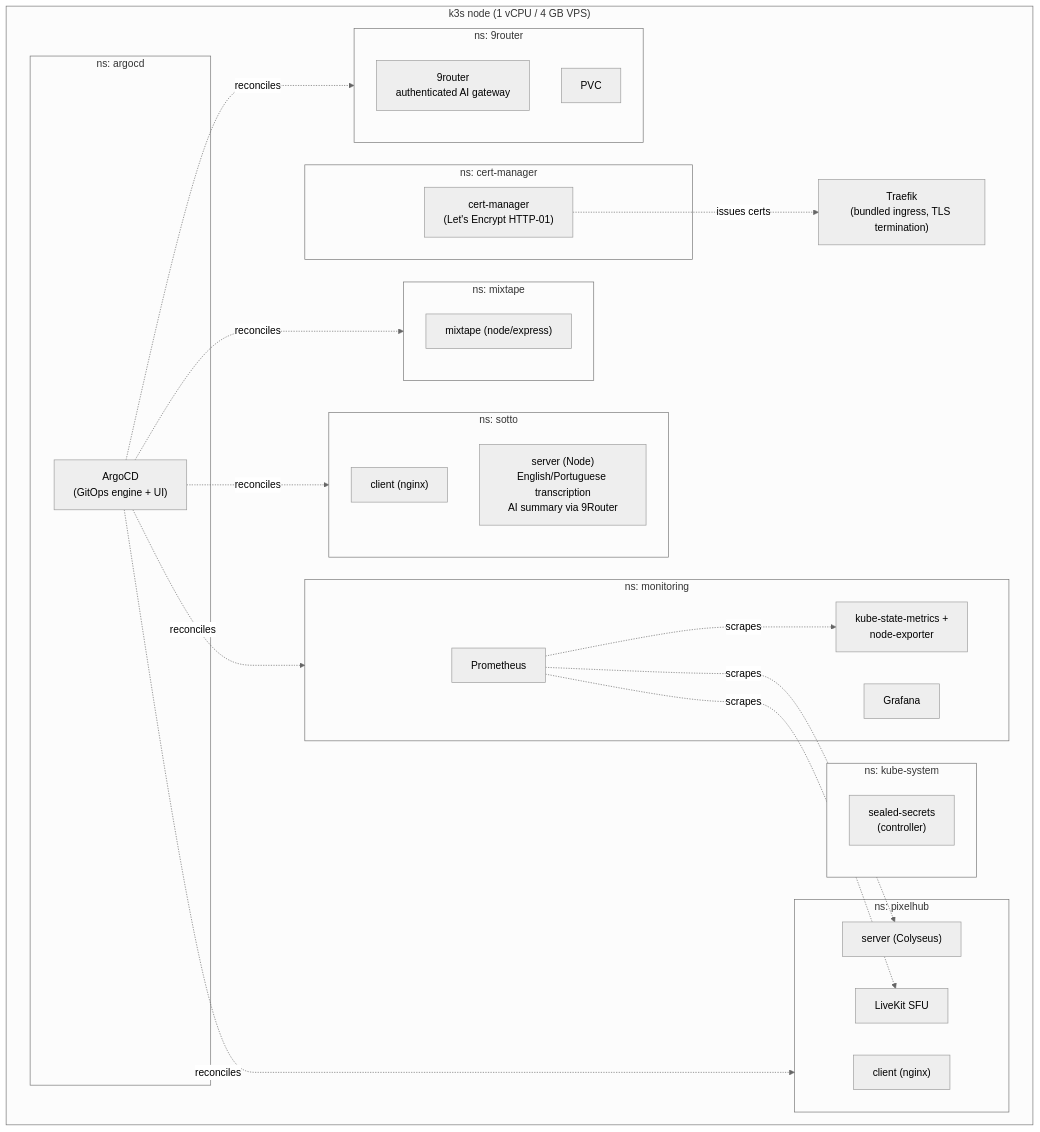
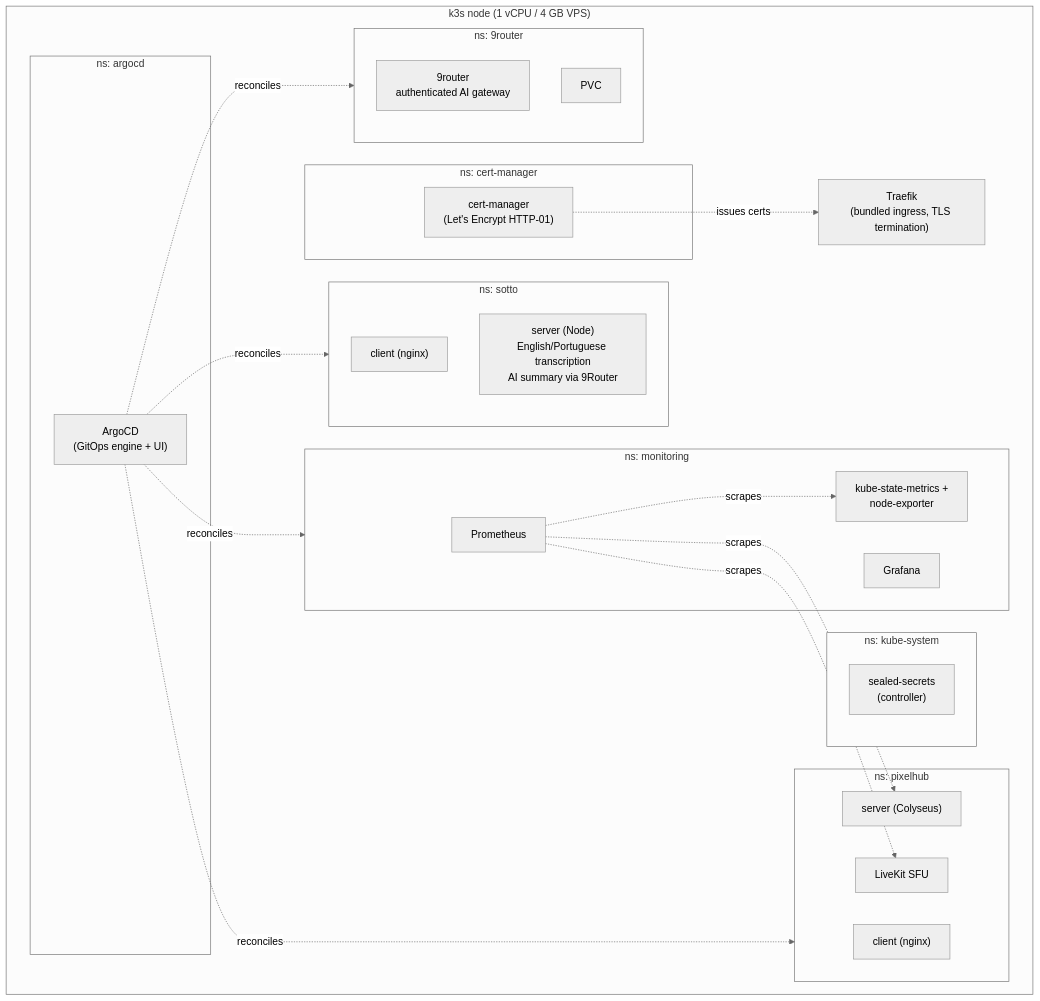
One commit to geffzhang/cloudhomelab changed the first of 4 diagrams in docs/architecture/overview.md. Above: the diagram before and after it, drawn with Mermaid (neutral theme). The commit also changed other lines of this file and 10 other files, not shown here.

````diff
--- a/docs/architecture/overview.md
+++ b/docs/architecture/overview.md
@@ -9,47 +9,43 @@
 ```mermaid
 graph TB
     subgraph Node["k3s node (1 vCPU / 4 GB VPS)"]
         Traefik["Traefik<br/>(bundled ingress, TLS termination)"]
 
         subgraph argocd["ns: argocd"]
             ArgoCD["ArgoCD<br/>(GitOps engine + UI)"]
         end
         subgraph cm["ns: cert-manager"]
             CertMgr["cert-manager<br/>(Let's Encrypt HTTP-01)"]
         end
         subgraph ks["ns: kube-system"]
             Sealed["sealed-secrets<br/>(controller)"]
         end
         subgraph mon["ns: monitoring"]
             Prom["Prometheus"]
             Graf["Grafana"]
             KSM["kube-state-metrics +<br/>node-exporter"]
         end
         subgraph pixel["ns: pixelhub"]
             PClient["client (nginx)"]
             PServer["server (Colyseus)"]
             LiveKit["LiveKit SFU"]
         end
-        subgraph mix["ns: mixtape"]
-            MixApp["mixtape (node/express)"]
-        end
         subgraph sotto["ns: sotto"]
             SClient["client (nginx)"]
             SServer["server (Node)<br/>English/Portuguese transcription<br/>AI summary via 9Router"]
         end
         subgraph router["ns: 9router"]
             R9["9router<br/>authenticated AI gateway"]
             R9PVC["PVC"]
         end
     end
 
     ArgoCD -. reconciles .-> pixel
-    ArgoCD -. reconciles .-> mix
     ArgoCD -. reconciles .-> sotto
     ArgoCD -. reconciles .-> router
     ArgoCD -. reconciles .-> mon
     CertMgr -. issues certs .-> Traefik
     Prom -. scrapes .-> PServer
     Prom -. scrapes .-> LiveKit
     Prom -. scrapes .-> KSM
 ```
````
